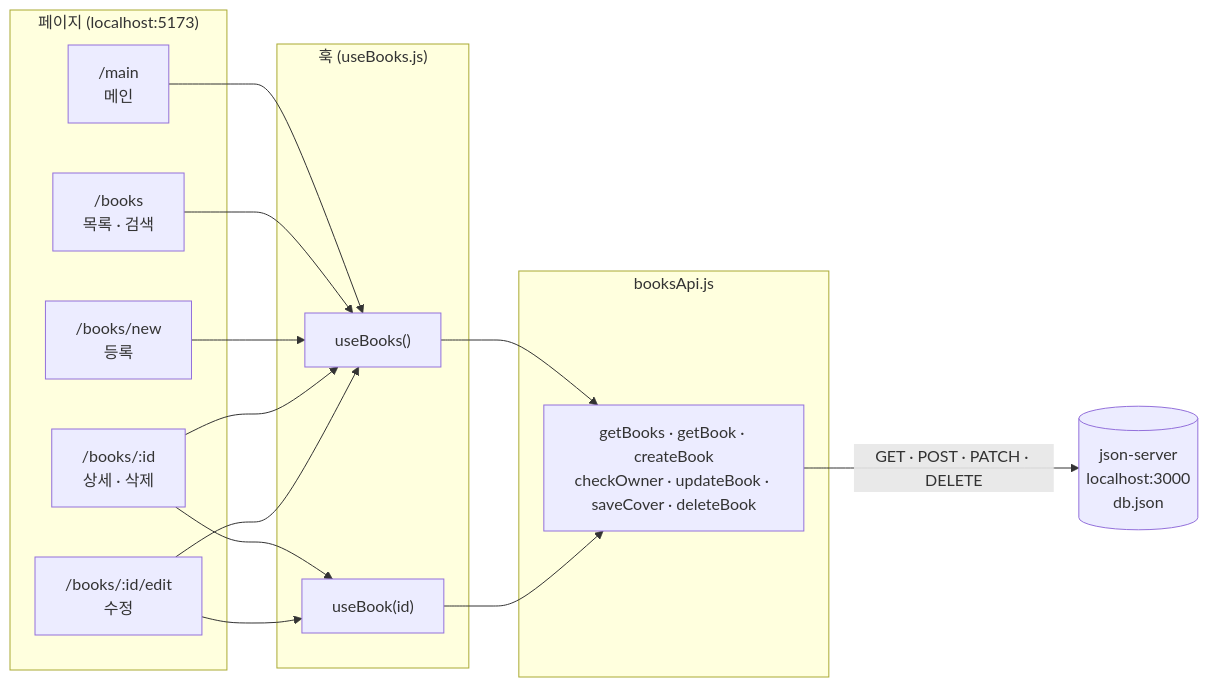
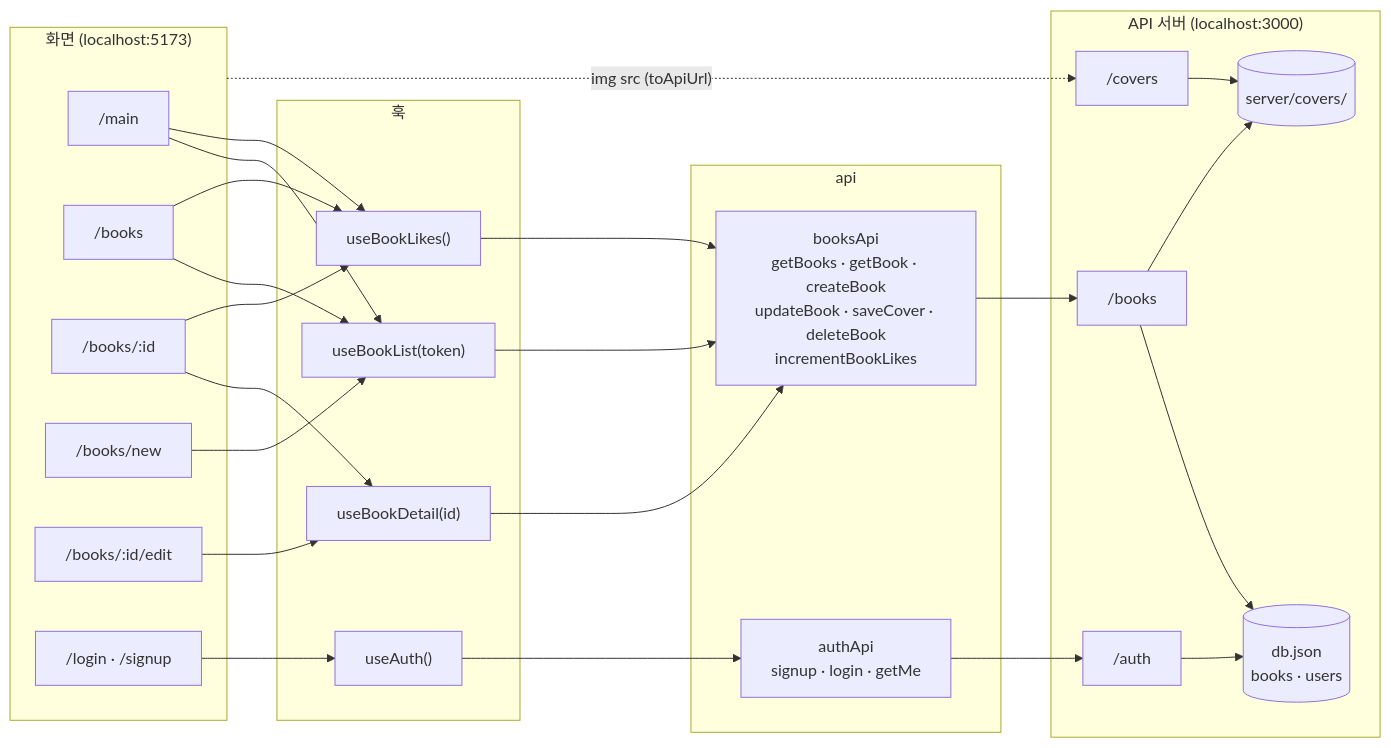
Before and after one commit to J4BEZ/author-walk: the first of 2 diagrams in docs/API.md, drawn with Mermaid. The commit also changed other lines of this file and 1 other file, not shown here.

First line of the commit message:
docs: README, API 문서를 지금 코드 기준으로 갱신

````diff
--- a/docs/API.md
+++ b/docs/API.md
@@ -12,32 +19,52 @@
 ```mermaid
 flowchart LR
-    subgraph P["페이지 (localhost:5173)"]
-        MAIN["/main<br>메인"]
-        LIST["/books<br>목록 · 검색"]
-        DETAIL["/books/:id<br>상세 · 삭제"]
-        NEW["/books/new<br>등록"]
-        EDIT["/books/:id/edit<br>수정"]
+    subgraph P["화면 (localhost:5173)"]
+        MAIN["/main"]
+        LIST["/books"]
+        DETAIL["/books/:id"]
+        NEW["/books/new"]
+        EDIT["/books/:id/edit"]
+        AUTH["/login · /signup"]
     end
 
-    subgraph H["훅 (useBooks.js)"]
-        UB["useBooks()"]
-        UB1["useBook(id)"]
+    subgraph H["훅"]
+        UA["useAuth()"]
+        UL["useBookList(token)"]
+        UD["useBookDetail(id)"]
+        UK["useBookLikes()"]
     end
 
-    subgraph A["booksApi.js"]
-        API["getBooks · getBook · createBook<br>checkOwner · updateBook · saveCover · deleteBook"]
+    subgraph A["api"]
+        AA["authApi<br>signup · login · getMe"]
+        BA["booksApi<br>getBooks · getBook · createBook<br>updateBook · saveCover · deleteBook<br>incrementBookLikes"]
     end
 
-    JS[("json-server<br>localhost:3000<br>db.json")]
+    subgraph S["API 서버 (localhost:3000)"]
+        R1["/auth"]
+        R2["/books"]
+        R3["/covers"]
+        DB[("db.json<br>books · users")]
+        FS[("server/covers/")]
+    end
 
-    MAIN --> UB
-    LIST --> UB
-    NEW --> UB
-    DETAIL --> UB1
-    EDIT --> UB1
-    DETAIL --> UB
-    EDIT --> UB
-    UB --> API
-    UB1 --> API
-    API -->|"GET · POST · PATCH · DELETE"| JS
+    AUTH --> UA
+    MAIN --> UL
+    LIST --> UL
+    NEW --> UL
+    DETAIL --> UD
+    EDIT --> UD
+    MAIN --> UK
+    LIST --> UK
+    DETAIL --> UK
+    UA --> AA
+    UL --> BA
+    UD --> BA
+    UK --> BA
+    AA --> R1
+    BA --> R2
+    R1 --> DB
+    R2 --> DB
+    R2 --> FS
+    R3 --> FS
+    P -. "img src (toApiUrl)" .-> R3
 ```
````
